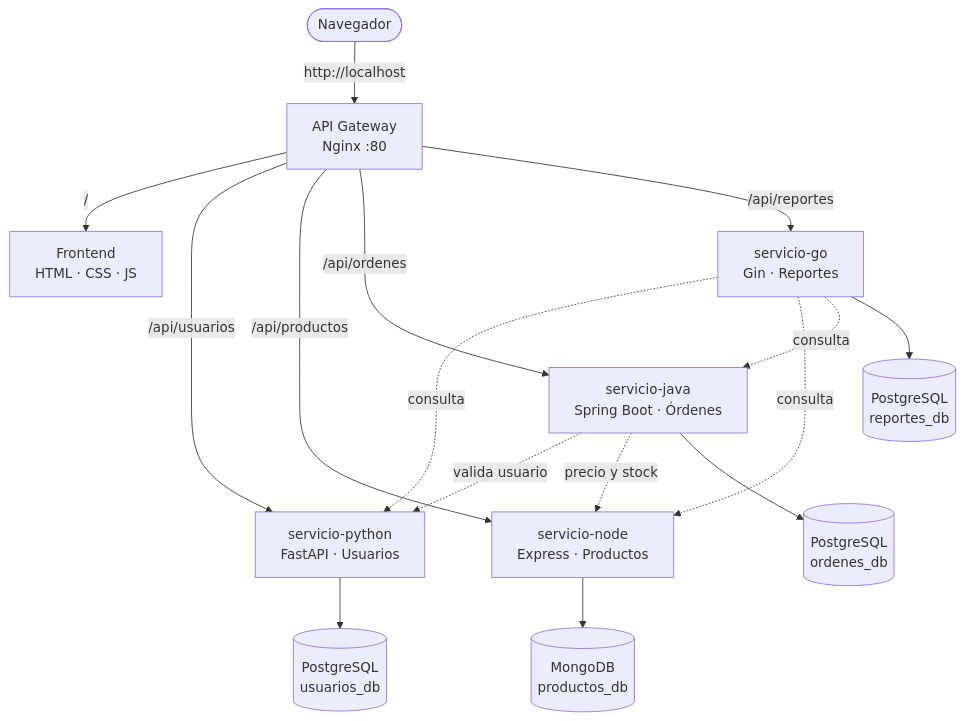
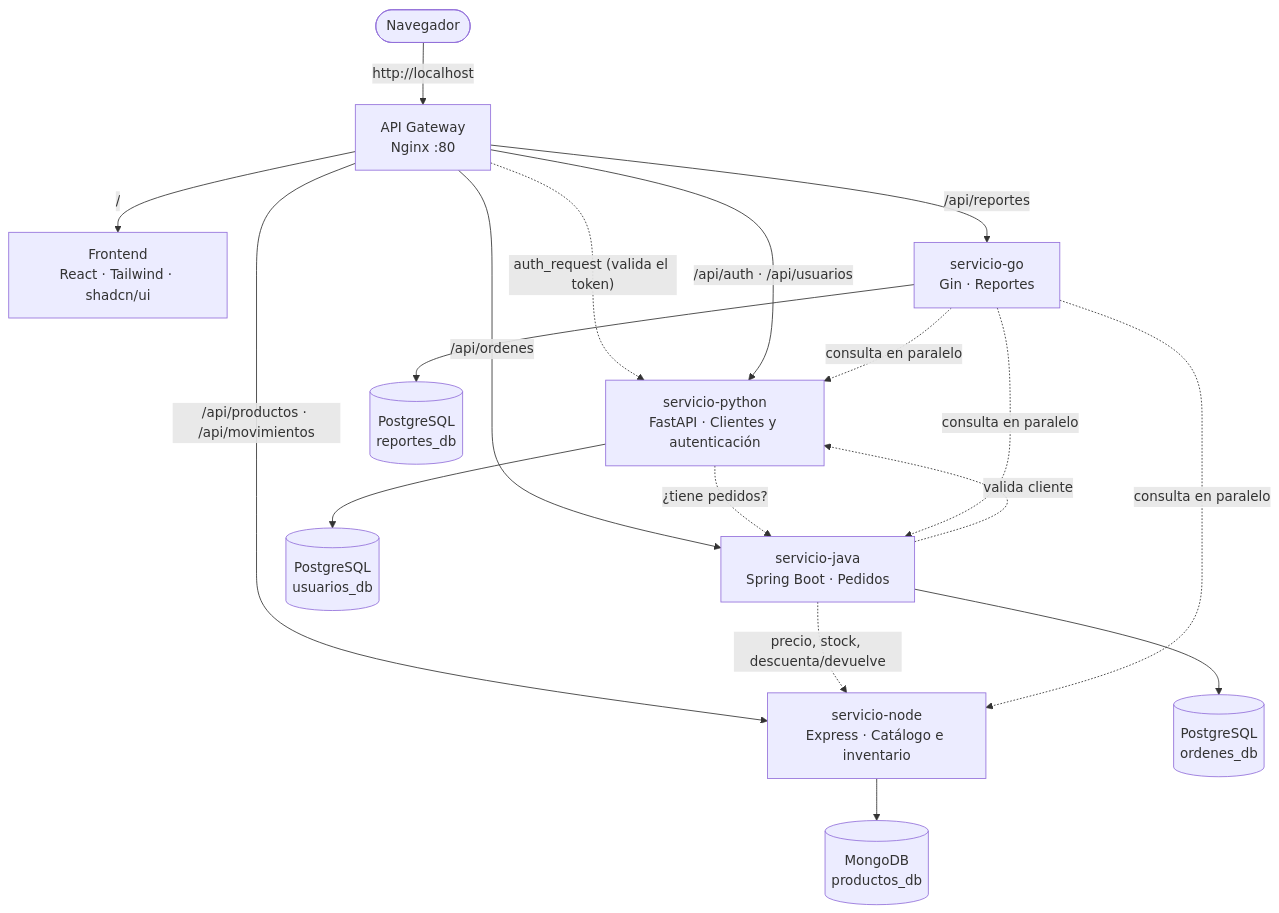
One commit to stvnalc/mercaujap-microservicios changed the diagram in README.md. Above: the diagram before and after it, drawn with Mermaid. The commit also changed other lines of this file and 135 other files, not shown here.

First line of the commit message:
Panel de gestión completo: login con roles, pedidos con estados, kardex y frontend con shadcn/ui

````diff
--- a/README.md
+++ b/README.md
@@ -55,20 +57,22 @@
 ```mermaid
 flowchart TB
     U([Navegador]) -->|http://localhost| GW[API Gateway<br/>Nginx :80]
-    GW -->|/| FE[Frontend<br/>HTML · CSS · JS]
-    GW -->|/api/usuarios| PY[servicio-python<br/>FastAPI · Usuarios]
-    GW -->|/api/productos| ND[servicio-node<br/>Express · Productos]
-    GW -->|/api/ordenes| JV[servicio-java<br/>Spring Boot · Órdenes]
+    GW -->|/| FE[Frontend<br/>React · Tailwind · shadcn/ui]
+    GW -. "auth_request (valida el token)" .-> PY
+    GW -->|/api/auth · /api/usuarios| PY[servicio-python<br/>FastAPI · Clientes y autenticación]
+    GW -->|/api/productos · /api/movimientos| ND[servicio-node<br/>Express · Catálogo e inventario]
+    GW -->|/api/ordenes| JV[servicio-java<br/>Spring Boot · Pedidos]
     GW -->|/api/reportes| GO[servicio-go<br/>Gin · Reportes]
 
-    JV -. valida usuario .-> PY
-    JV -. precio y stock .-> ND
-    GO -. consulta .-> PY
-    GO -. consulta .-> ND
-    GO -. consulta .-> JV
+    JV -. valida cliente .-> PY
+    JV -. "precio, stock, descuenta/devuelve" .-> ND
+    PY -. "¿tiene pedidos?" .-> JV
+    GO -. consulta en paralelo .-> PY
+    GO -. consulta en paralelo .-> ND
+    GO -. consulta en paralelo .-> JV
 
     PY --> PG[(PostgreSQL<br/>usuarios_db)]
     JV --> PG2[(PostgreSQL<br/>ordenes_db)]
     GO --> PG3[(PostgreSQL<br/>reportes_db)]
     ND --> MG[(MongoDB<br/>productos_db)]
 ```
````
